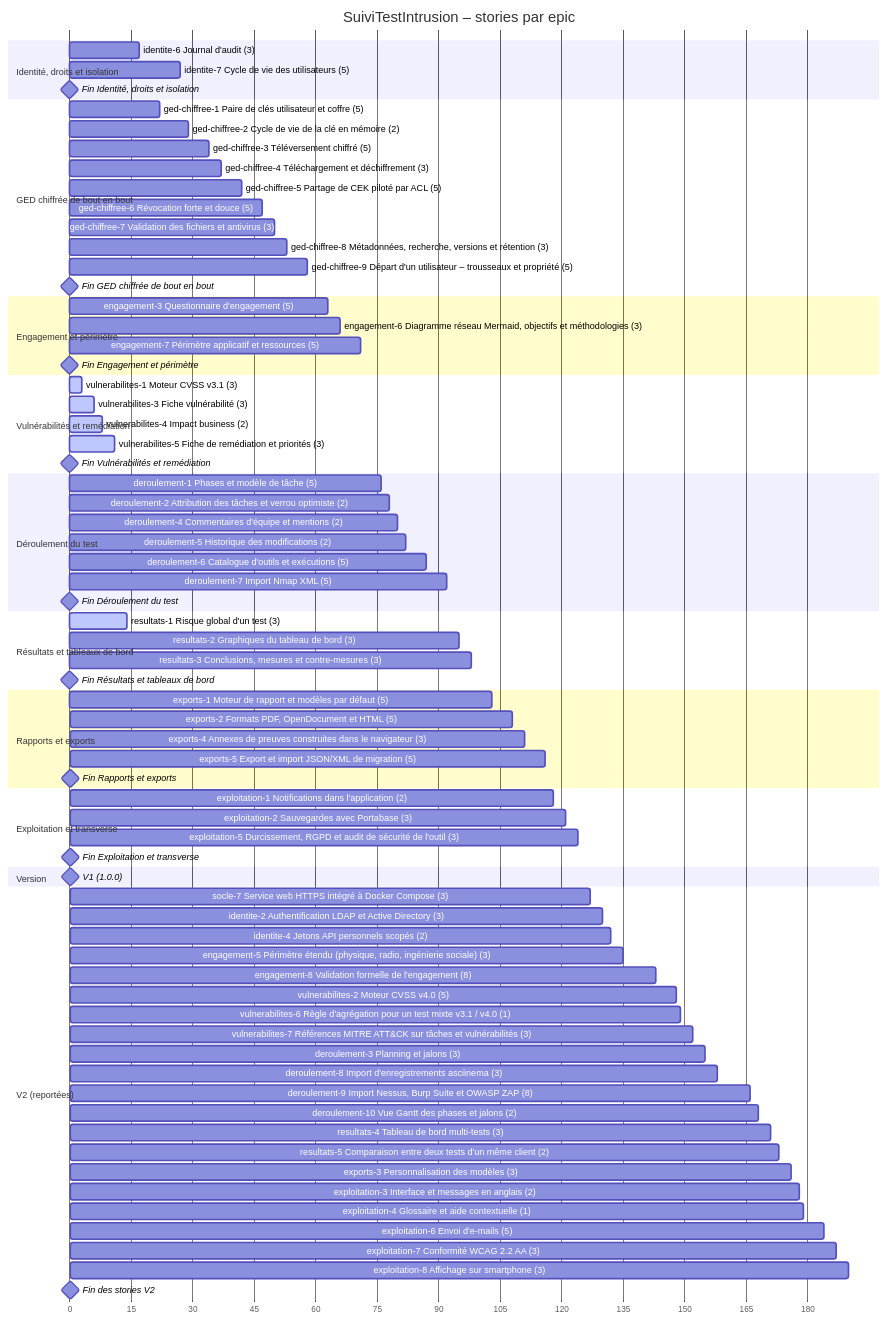
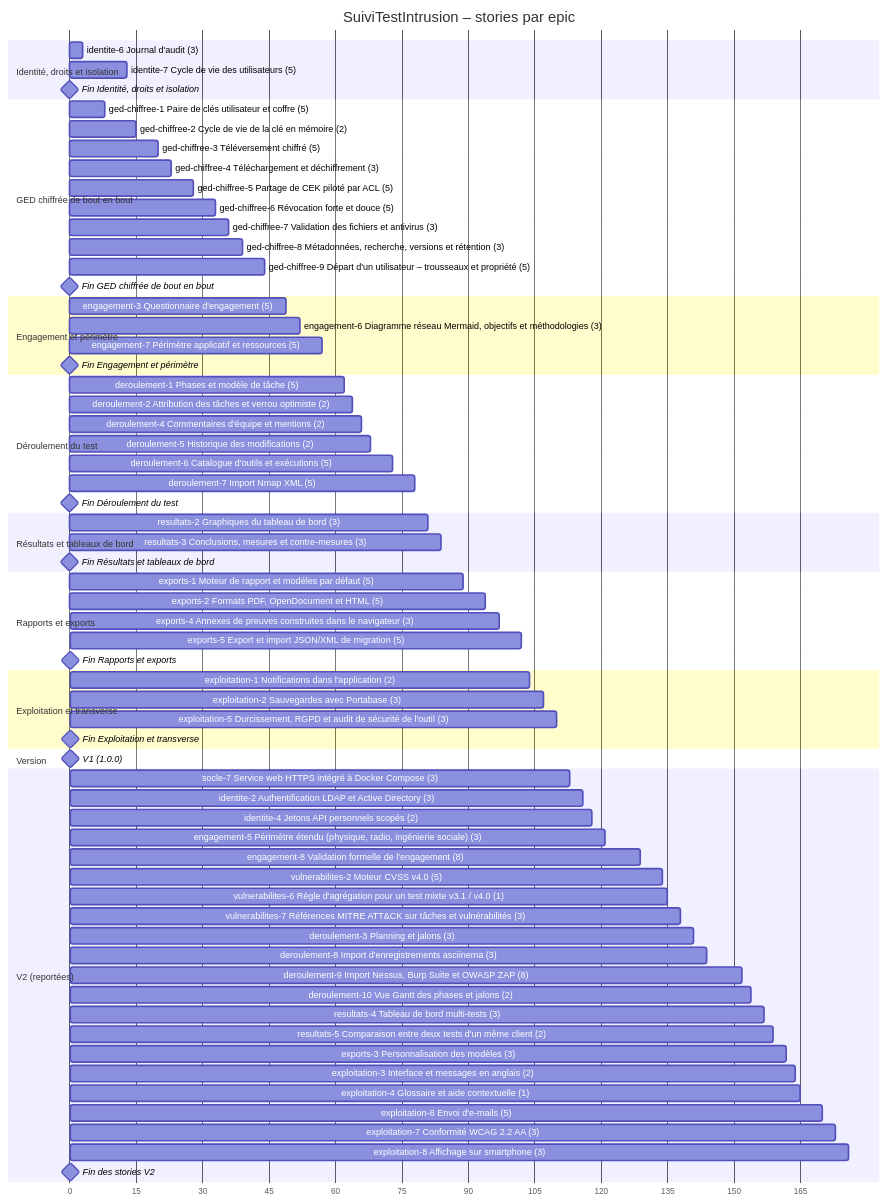
The second of 2 diagrams in docs/20-29 Développement/22 Planification/22.01 Planification du développement.md (ILPlais/SuiviTestIntrusion), drawn with Mermaid before and after one commit. The commit also changed other lines of this file and 12 other files, not shown here.

````diff
--- a/docs/20-29 Développement/22 Planification/22.01 Planification du développement.md
+++ b/docs/20-29 Développement/22 Planification/22.01 Planification du développement.md
@@ -72,80 +71,73 @@
 ```mermaid
 gantt
     title SuiviTestIntrusion – stories par epic
     dateFormat X
     axisFormat %s
     section Identité, droits et isolation
-    identite-6 Journal d'audit (3) :identite_6, 14, 17
-    identite-7 Cycle de vie des utilisateurs (5) :identite_7, 22, 27
-    Fin Identité, droits et isolation :milestone, m_identite, 27, 0d
+    identite-6 Journal d'audit (3) :identite_6, 0, 3
+    identite-7 Cycle de vie des utilisateurs (5) :identite_7, 8, 13
+    Fin Identité, droits et isolation :milestone, m_identite, 13, 0d
     section GED chiffrée de bout en bout
-    ged-chiffree-1 Paire de clés utilisateur et coffre (5) :ged_chiffree_1, 17, 22
-    ged-chiffree-2 Cycle de vie de la clé en mémoire (2) :ged_chiffree_2, 27, 29
-    ged-chiffree-3 Téléversement chiffré (5) :ged_chiffree_3, 29, 34
-    ged-chiffree-4 Téléchargement et déchiffrement (3) :ged_chiffree_4, 34, 37
-    ged-chiffree-5 Partage de CEK piloté par ACL (5) :ged_chiffree_5, 37, 42
-    ged-chiffree-6 Révocation forte et douce (5) :ged_chiffree_6, 42, 47
-    ged-chiffree-7 Validation des fichiers et antivirus (3) :ged_chiffree_7, 47, 50
-    ged-chiffree-8 Métadonnées, recherche, versions et rétention (3) :ged_chiffree_8, 50, 53
-    ged-chiffree-9 Départ d'un utilisateur  – trousseaux et propriété (5) :ged_chiffree_9, 53, 58
-    Fin GED chiffrée de bout en bout :milestone, m_ged_chiffree, 58, 0d
+    ged-chiffree-1 Paire de clés utilisateur et coffre (5) :ged_chiffree_1, 3, 8
+    ged-chiffree-2 Cycle de vie de la clé en mémoire (2) :ged_chiffree_2, 13, 15
+    ged-chiffree-3 Téléversement chiffré (5) :ged_chiffree_3, 15, 20
+    ged-chiffree-4 Téléchargement et déchiffrement (3) :ged_chiffree_4, 20, 23
+    ged-chiffree-5 Partage de CEK piloté par ACL (5) :ged_chiffree_5, 23, 28
+    ged-chiffree-6 Révocation forte et douce (5) :ged_chiffree_6, 28, 33
+    ged-chiffree-7 Validation des fichiers et antivirus (3) :ged_chiffree_7, 33, 36
+    ged-chiffree-8 Métadonnées, recherche, versions et rétention (3) :ged_chiffree_8, 36, 39
+    ged-chiffree-9 Départ d'un utilisateur  – trousseaux et propriété (5) :ged_chiffree_9, 39, 44
+    Fin GED chiffrée de bout en bout :milestone, m_ged_chiffree, 44, 0d
     section Engagement et périmètre
-    engagement-3 Questionnaire d'engagement (5) :engagement_3, 58, 63
-    engagement-6 Diagramme réseau Mermaid, objectifs et méthodologies (3) :engagement_6, 63, 66
-    engagement-7 Périmètre applicatif et ressources (5) :engagement_7, 66, 71
-    Fin Engagement et périmètre :milestone, m_engagement, 71, 0d
-    section Vulnérabilités et remédiation
-    vulnerabilites-1 Moteur CVSS v3.1 (3) :active, vulnerabilites_1, 0, 3
-    vulnerabilites-3 Fiche vulnérabilité (3) :active, vulnerabilites_3, 3, 6
-    vulnerabilites-4 Impact business (2) :active, vulnerabilites_4, 6, 8
-    vulnerabilites-5 Fiche de remédiation et priorités (3) :active, vulnerabilites_5, 8, 11
-    Fin Vulnérabilités et remédiation :milestone, m_vulnerabilites, 11, 0d
+    engagement-3 Questionnaire d'engagement (5) :engagement_3, 44, 49
+    engagement-6 Diagramme réseau Mermaid, objectifs et méthodologies (3) :engagement_6, 49, 52
+    engagement-7 Périmètre applicatif et ressources (5) :engagement_7, 52, 57
+    Fin Engagement et périmètre :milestone, m_engagement, 57, 0d
     section Déroulement du test
-    deroulement-1 Phases et modèle de tâche (5) :deroulement_1, 71, 76
-    deroulement-2 Attribution des tâches et verrou optimiste (2) :deroulement_2, 76, 78
-    deroulement-4 Commentaires d'équipe et mentions (2) :deroulement_4, 78, 80
-    deroulement-5 Historique des modifications (2) :deroulement_5, 80, 82
-    deroulement-6 Catalogue d'outils et exécutions (5) :deroulement_6, 82, 87
-    deroulement-7 Import Nmap XML (5) :deroulement_7, 87, 92
-    Fin Déroulement du test :milestone, m_deroulement, 92, 0d
+    deroulement-1 Phases et modèle de tâche (5) :deroulement_1, 57, 62
+    deroulement-2 Attribution des tâches et verrou optimiste (2) :deroulement_2, 62, 64
+    deroulement-4 Commentaires d'équipe et mentions (2) :deroulement_4, 64, 66
+    deroulement-5 Historique des modifications (2) :deroulement_5, 66, 68
+    deroulement-6 Catalogue d'outils et exécutions (5) :deroulement_6, 68, 73
+    deroulement-7 Import Nmap XML (5) :deroulement_7, 73, 78
+    Fin Déroulement du test :milestone, m_deroulement, 78, 0d
     section Résultats et tableaux de bord
-    resultats-1 Risque global d'un test (3) :active, resultats_1, 11, 14
-    resultats-2 Graphiques du tableau de bord (3) :resultats_2, 92, 95
-    resultats-3 Conclusions, mesures et contre-mesures (3) :resultats_3, 95, 98
-    Fin Résultats et tableaux de bord :milestone, m_resultats, 98, 0d
+    resultats-2 Graphiques du tableau de bord (3) :resultats_2, 78, 81
+    resultats-3 Conclusions, mesures et contre-mesures (3) :resultats_3, 81, 84
+    Fin Résultats et tableaux de bord :milestone, m_resultats, 84, 0d
     section Rapports et exports
-    exports-1 Moteur de rapport et modèles par défaut (5) :exports_1, 98, 103
-    exports-2 Formats PDF, OpenDocument et HTML (5) :exports_2, 103, 108
-    exports-4 Annexes de preuves construites dans le navigateur (3) :exports_4, 108, 111
-    exports-5 Export et import JSON/XML de migration (5) :exports_5, 111, 116
-    Fin Rapports et exports :milestone, m_exports, 116, 0d
+    exports-1 Moteur de rapport et modèles par défaut (5) :exports_1, 84, 89
+    exports-2 Formats PDF, OpenDocument et HTML (5) :exports_2, 89, 94
+    exports-4 Annexes de preuves construites dans le navigateur (3) :exports_4, 94, 97
+    exports-5 Export et import JSON/XML de migration (5) :exports_5, 97, 102
+    Fin Rapports et exports :milestone, m_exports, 102, 0d
     section Exploitation et transverse
-    exploitation-1 Notifications dans l'application (2) :exploitation_1, 116, 118
-    exploitation-2 Sauvegardes avec Portabase (3) :exploitation_2, 118, 121
-    exploitation-5 Durcissement, RGPD et audit de sécurité de l'outil (3) :exploitation_5, 121, 124
-    Fin Exploitation et transverse :milestone, m_exploitation, 124, 0d
+    exploitation-1 Notifications dans l'application (2) :exploitation_1, 102, 104
+    exploitation-2 Sauvegardes avec Portabase (3) :exploitation_2, 104, 107
+    exploitation-5 Durcissement, RGPD et audit de sécurité de l'outil (3) :exploitation_5, 107, 110
+    Fin Exploitation et transverse :milestone, m_exploitation, 110, 0d
     section Version
-    V1 (1.0.0) :milestone, v1d, 124, 0d
+    V1 (1.0.0) :milestone, v1d, 110, 0d
     section V2 (reportées)
-    socle-7 Service web HTTPS intégré à Docker Compose (3) :socle_7, 124, 127
-    identite-2 Authentification LDAP et Active Directory (3) :identite_2, 127, 130
-    identite-4 Jetons API personnels scopés (2) :identite_4, 130, 132
-    engagement-5 Périmètre étendu (physique, radio, ingénierie sociale) (3) :engagement_5, 132, 135
-    engagement-8 Validation formelle de l'engagement (8) :engagement_8, 135, 143
-    vulnerabilites-2 Moteur CVSS v4.0 (5) :vulnerabilites_2, 143, 148
-    vulnerabilites-6 Règle d'agrégation pour un test mixte v3.1 / v4.0 (1) :vulnerabilites_6, 148, 149
-    vulnerabilites-7 Références MITRE ATT&CK sur tâches et vulnérabilités (3) :vulnerabilites_7, 149, 152
-    deroulement-3 Planning et jalons (3) :deroulement_3, 152, 155
-    deroulement-8 Import d'enregistrements asciinema (3) :deroulement_8, 155, 158
-    deroulement-9 Import Nessus, Burp Suite et OWASP ZAP (8) :deroulement_9, 158, 166
-    deroulement-10 Vue Gantt des phases et jalons (2) :deroulement_10, 166, 168
-    resultats-4 Tableau de bord multi-tests (3) :resultats_4, 168, 171
-    resultats-5 Comparaison entre deux tests d'un même client (2) :resultats_5, 171, 173
-    exports-3 Personnalisation des modèles (3) :exports_3, 173, 176
-    exploitation-3 Interface et messages en anglais (2) :exploitation_3, 176, 178
-    exploitation-4 Glossaire et aide contextuelle (1) :exploitation_4, 178, 179
-    exploitation-6 Envoi d'e-mails (5) :exploitation_6, 179, 184
-    exploitation-7 Conformité WCAG 2.2 AA (3) :exploitation_7, 184, 187
-    exploitation-8 Affichage sur smartphone (3) :exploitation_8, 187, 190
-    Fin des stories V2 :milestone, v2d, 190, 0d
+    socle-7 Service web HTTPS intégré à Docker Compose (3) :socle_7, 110, 113
+    identite-2 Authentification LDAP et Active Directory (3) :identite_2, 113, 116
+    identite-4 Jetons API personnels scopés (2) :identite_4, 116, 118
+    engagement-5 Périmètre étendu (physique, radio, ingénierie sociale) (3) :engagement_5, 118, 121
+    engagement-8 Validation formelle de l'engagement (8) :engagement_8, 121, 129
+    vulnerabilites-2 Moteur CVSS v4.0 (5) :vulnerabilites_2, 129, 134
+    vulnerabilites-6 Règle d'agrégation pour un test mixte v3.1 / v4.0 (1) :vulnerabilites_6, 134, 135
+    vulnerabilites-7 Références MITRE ATT&CK sur tâches et vulnérabilités (3) :vulnerabilites_7, 135, 138
+    deroulement-3 Planning et jalons (3) :deroulement_3, 138, 141
+    deroulement-8 Import d'enregistrements asciinema (3) :deroulement_8, 141, 144
+    deroulement-9 Import Nessus, Burp Suite et OWASP ZAP (8) :deroulement_9, 144, 152
+    deroulement-10 Vue Gantt des phases et jalons (2) :deroulement_10, 152, 154
+    resultats-4 Tableau de bord multi-tests (3) :resultats_4, 154, 157
+    resultats-5 Comparaison entre deux tests d'un même client (2) :resultats_5, 157, 159
+    exports-3 Personnalisation des modèles (3) :exports_3, 159, 162
+    exploitation-3 Interface et messages en anglais (2) :exploitation_3, 162, 164
+    exploitation-4 Glossaire et aide contextuelle (1) :exploitation_4, 164, 165
+    exploitation-6 Envoi d'e-mails (5) :exploitation_6, 165, 170
+    exploitation-7 Conformité WCAG 2.2 AA (3) :exploitation_7, 170, 173
+    exploitation-8 Affichage sur smartphone (3) :exploitation_8, 173, 176
+    Fin des stories V2 :milestone, v2d, 176, 0d
 ```
````
